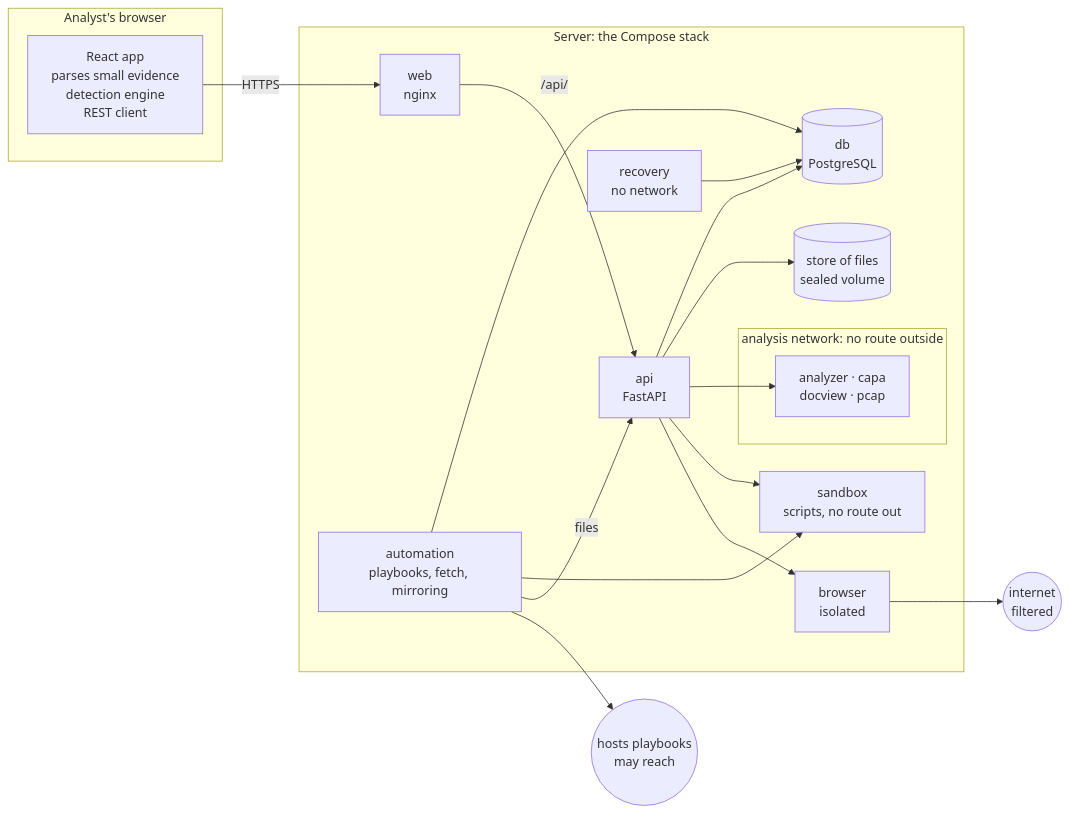
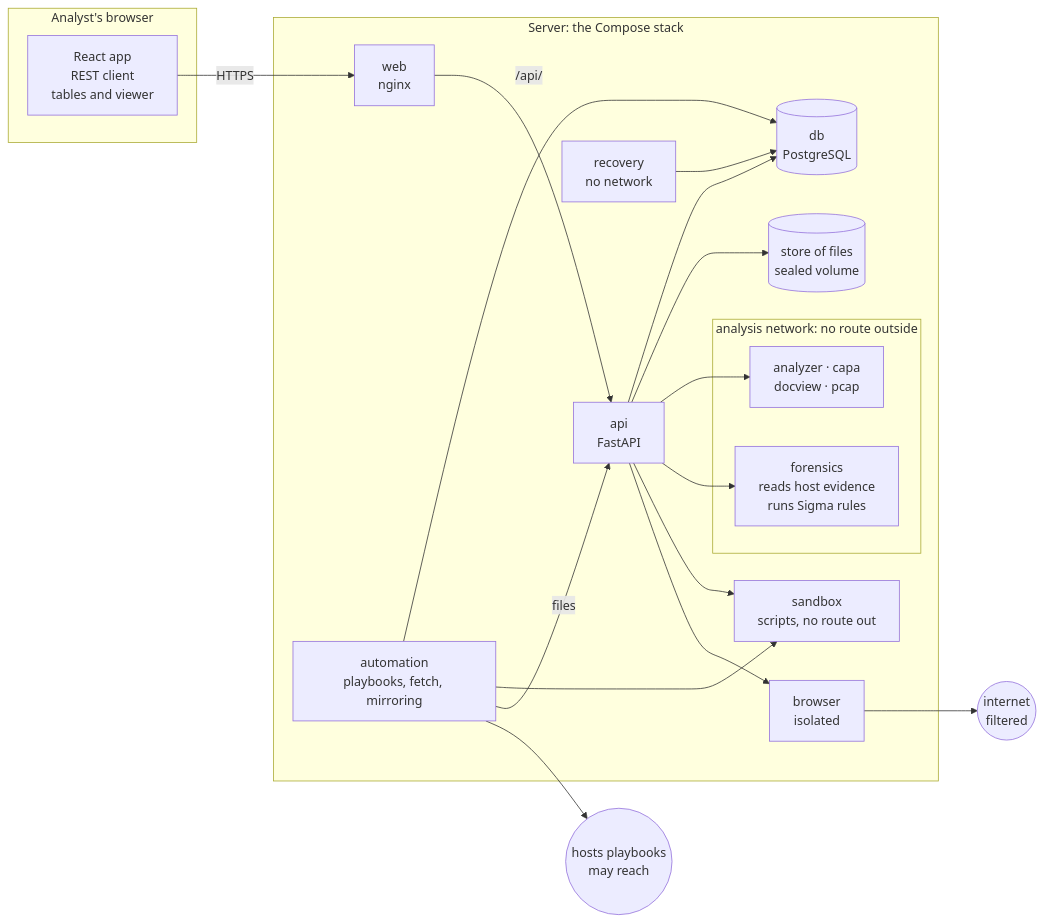
The first of 2 diagrams in docs/reference/architecture.md (n36l3c7/Nik), drawn with Mermaid before and after one commit. The commit also changed other lines of this file and 139 other files, not shown here.

````diff
--- a/docs/reference/architecture.md
+++ b/docs/reference/architecture.md
@@ -7,35 +7,37 @@
 ```mermaid
 flowchart LR
   subgraph browser["Analyst's browser"]
-    app["React app<br/>parses small evidence<br/>detection engine<br/>REST client"]
+    app["React app<br/>REST client<br/>tables and viewer"]
   end
   subgraph server["Server: the Compose stack"]
     web["web<br/>nginx"]
     api["api<br/>FastAPI"]
     db[("db<br/>PostgreSQL")]
     store[("store of files<br/>sealed volume")]
     recovery["recovery<br/>no network"]
     automation["automation<br/>playbooks, fetch, mirroring"]
     subgraph analysis["analysis network: no route outside"]
       workers["analyzer · capa<br/>docview · pcap"]
+      forensics["forensics<br/>reads host evidence<br/>runs Sigma rules"]
     end
     sandbox["sandbox<br/>scripts, no route out"]
     browserw["browser<br/>isolated"]
   end
   internet(("internet<br/>filtered"))
   hosts(("hosts playbooks<br/>may reach"))
 
   app -- "HTTPS" --> web
   web -- "/api/" --> api
   api --> db
   api --> store
   api --> workers
+  api --> forensics
   api --> sandbox
   api --> browserw
   browserw --> internet
   recovery --> db
   automation --> db
   automation --> sandbox
   automation -- "files" --> api
   automation --> hosts
 ```
````
